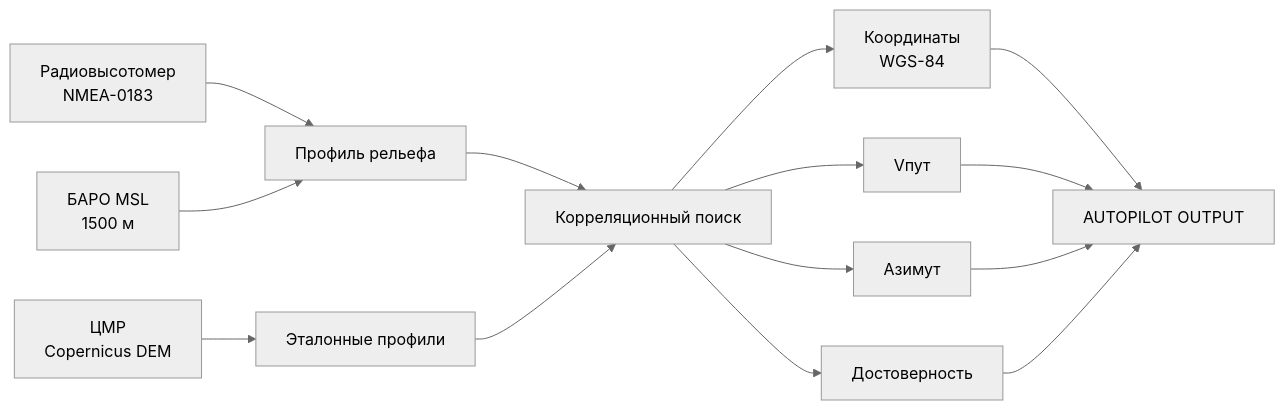
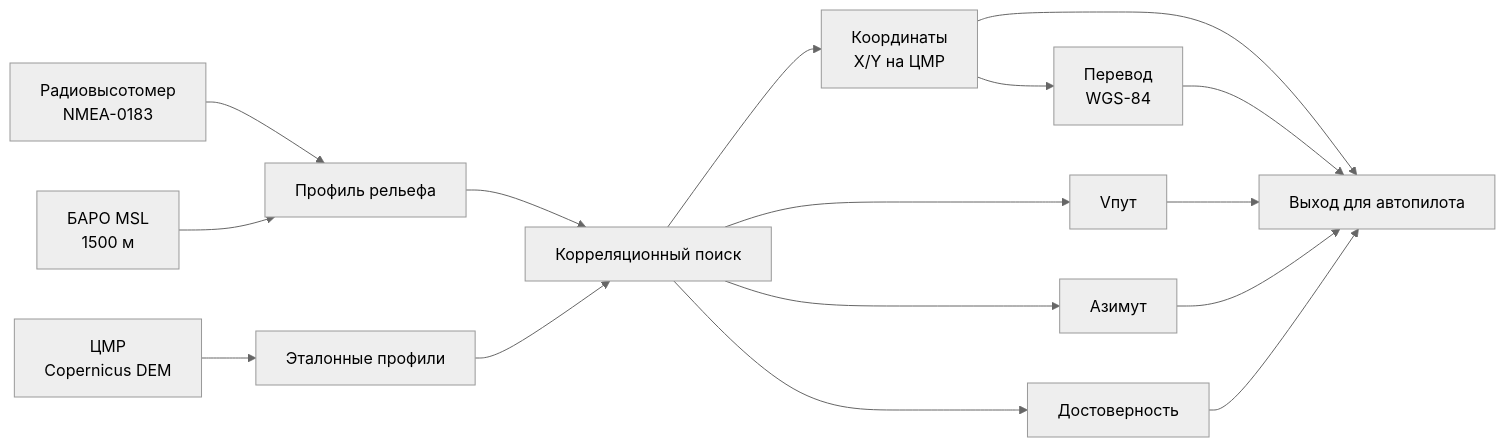
One commit to rub1kub/where-are-we-barista changed the first of 3 diagrams in README.md. Above: the diagram before and after it, drawn with Mermaid (neutral theme). The commit also changed other lines of this file and 9 other files, not shown here.

````diff
--- a/README.md
+++ b/README.md
@@ -33,16 +33,18 @@
 ```mermaid
 flowchart LR
     A["Радиовысотомер<br/>NMEA-0183"] --> C["Профиль рельефа"]
     B["БАРО MSL<br/>1500 м"] --> C
     D["ЦМР<br/>Copernicus DEM"] --> E["Эталонные профили"]
     C --> F["Корреляционный поиск"]
     E --> F
-    F --> G["Координаты<br/>WGS-84"]
+    F --> G["Координаты<br/>X/Y на ЦМР"]
+    G --> L["Перевод<br/>WGS-84"]
     F --> H["Vпут"]
     F --> I["Азимут"]
     F --> J["Достоверность"]
-    G --> K["AUTOPILOT OUTPUT"]
+    G --> K["Выход для автопилота"]
+    L --> K
     H --> K
     I --> K
     J --> K
 ```
````
